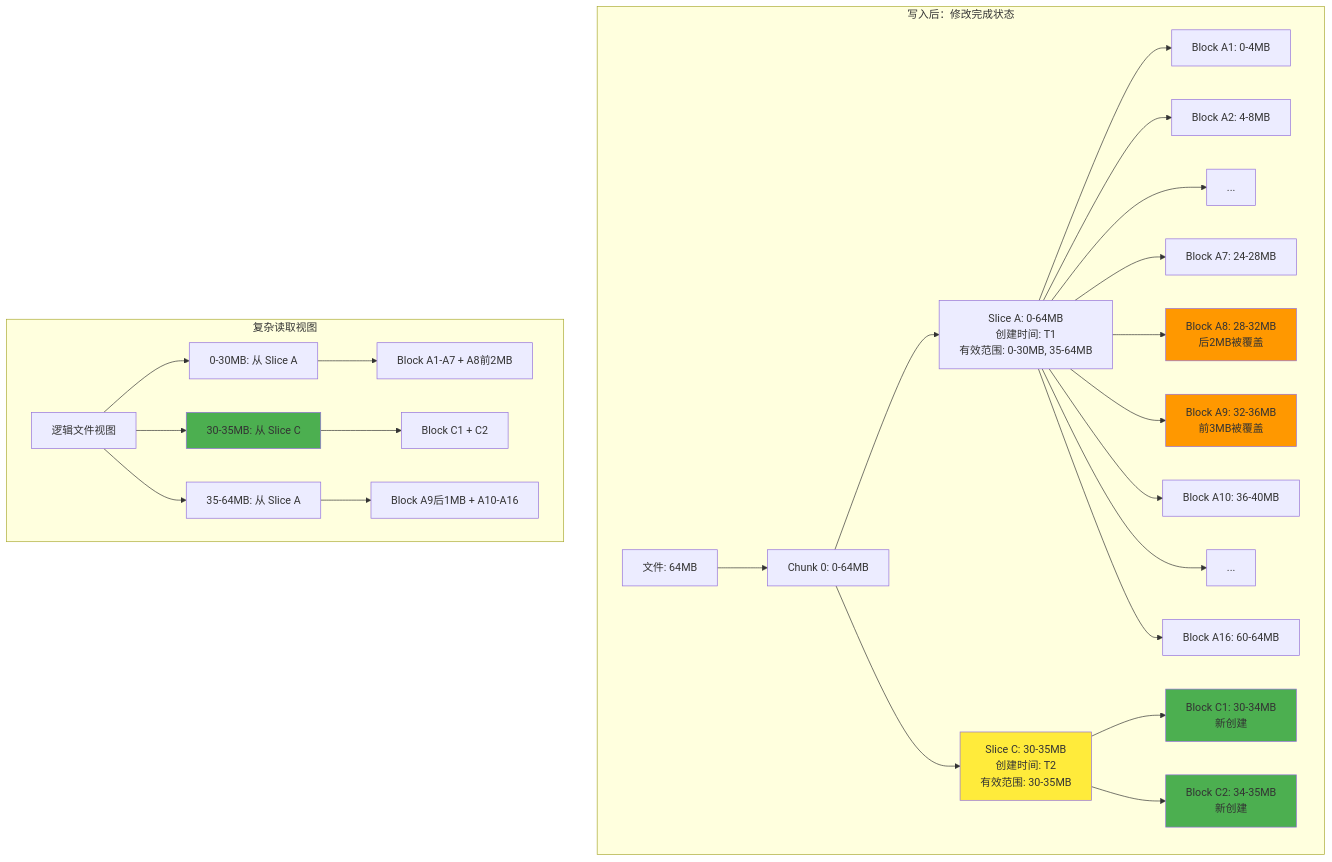
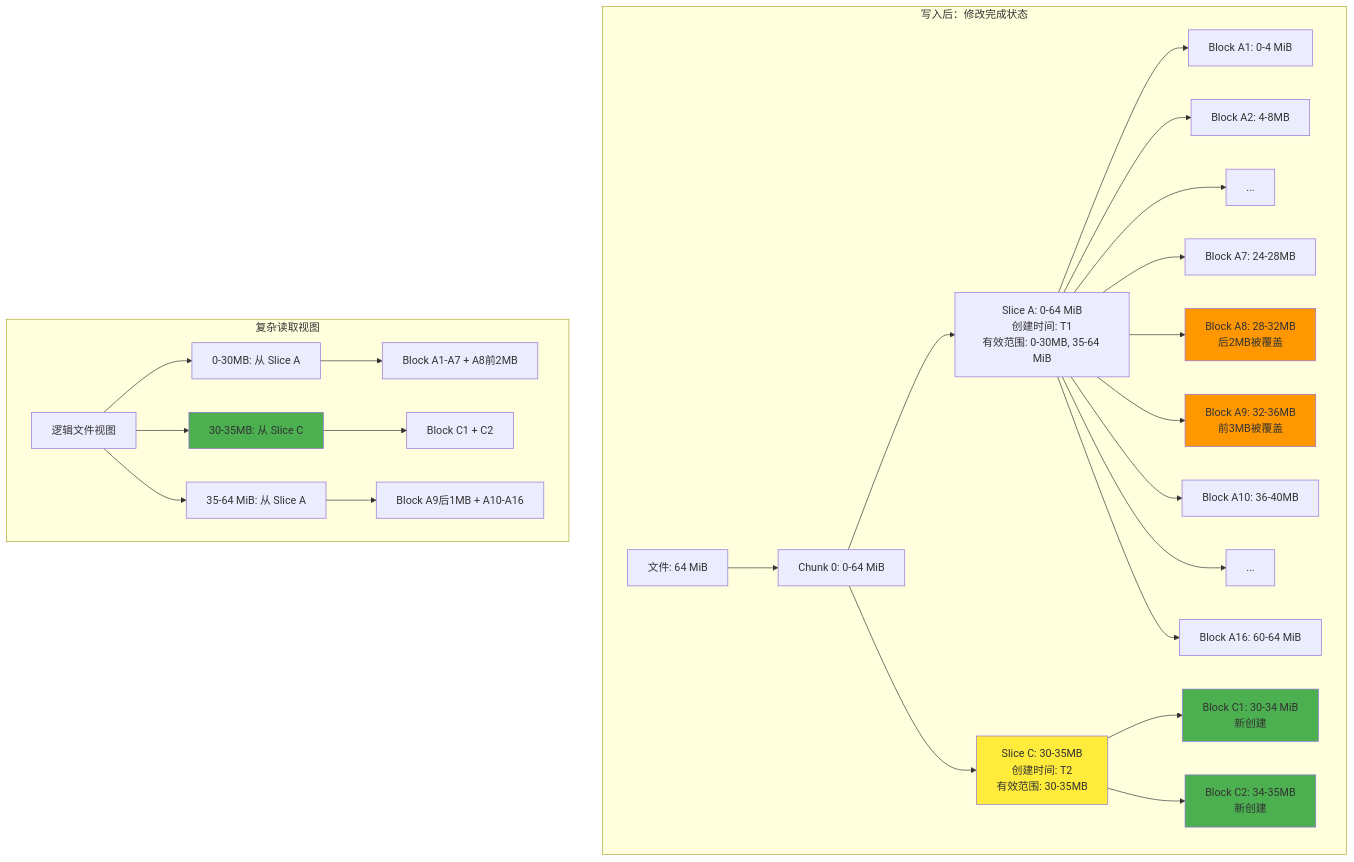
The eighth of 12 diagrams in 04_cloud_native_ai_platform/storage/juicefs/01_juicefs_file_modification_mechanism_analysis.md (ForceInjection/AI-fundamentals), drawn with Mermaid before and after one commit. The commit also changed other lines of this file and 26 other files, not shown here.

````diff
--- a/04_cloud_native_ai_platform/storage/juicefs/01_juicefs_file_modification_mechanism_analysis.md
+++ b/04_cloud_native_ai_platform/storage/juicefs/01_juicefs_file_modification_mechanism_analysis.md
@@ -456,39 +431,39 @@
 ```mermaid
 graph TD
     subgraph "写入后：修改完成状态"
-        A2[文件: 64MB] --> B2[Chunk 0: 0-64MB]
+        A2[文件: 64 MiB] --> B2[Chunk 0: 0-64 MiB]
         
-        B2 --> C2[Slice A: 0-64MB<br/>创建时间: T1<br/>有效范围: 0-30MB, 35-64MB]
+        B2 --> C2[Slice A: 0-64 MiB<br/>创建时间: T1<br/>有效范围: 0-30MB, 35-64 MiB]
         B2 --> C3[Slice C: 30-35MB<br/>创建时间: T2<br/>有效范围: 30-35MB]
         
-        C2 --> D13[Block A1: 0-4MB]
+        C2 --> D13[Block A1: 0-4 MiB]
         C2 --> D14[Block A2: 4-8MB]
         C2 --> D15[...]
         C2 --> D16[Block A7: 24-28MB]
         C2 --> D17[Block A8: 28-32MB<br/>后2MB被覆盖]
         C2 --> D18[Block A9: 32-36MB<br/>前3MB被覆盖]
         C2 --> D19[Block A10: 36-40MB]
         C2 --> D20[...]
-        C2 --> D21[Block A16: 60-64MB]
+        C2 --> D21[Block A16: 60-64 MiB]
         
-        C3 --> E1[Block C1: 30-34MB<br/>新创建]
+        C3 --> E1[Block C1: 30-34 MiB<br/>新创建]
         C3 --> E2[Block C2: 34-35MB<br/>新创建]
     end
     
     subgraph "复杂读取视图"
         F1[逻辑文件视图] --> G1[0-30MB: 从 Slice A]
         F1 --> G2[30-35MB: 从 Slice C]
-        F1 --> G3[35-64MB: 从 Slice A]
+        F1 --> G3[35-64 MiB: 从 Slice A]
         
         G1 --> H1[Block A1-A7 + A8前2MB]
         G2 --> H2[Block C1 + C2]
         G3 --> H3[Block A9后1MB + A10-A16]
     end
     
     style C3 fill:#ffeb3b
     style E1 fill:#4caf50
     style E2 fill:#4caf50
     style D17 fill:#ff9800
     style D18 fill:#ff9800
     style G2 fill:#4caf50
 ```
````
